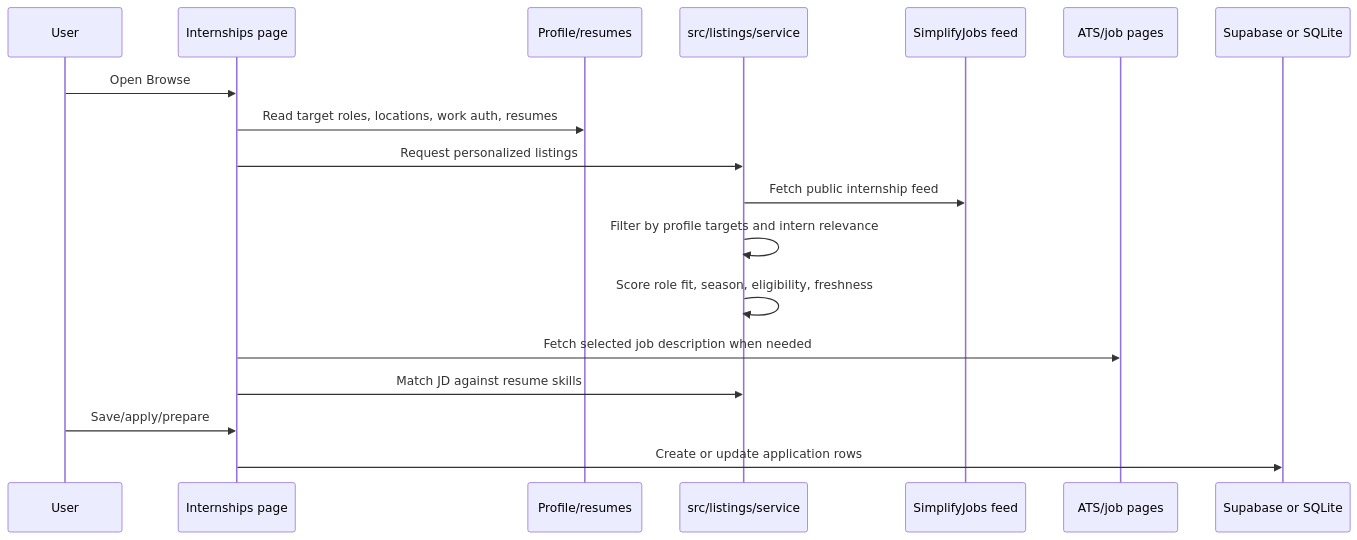
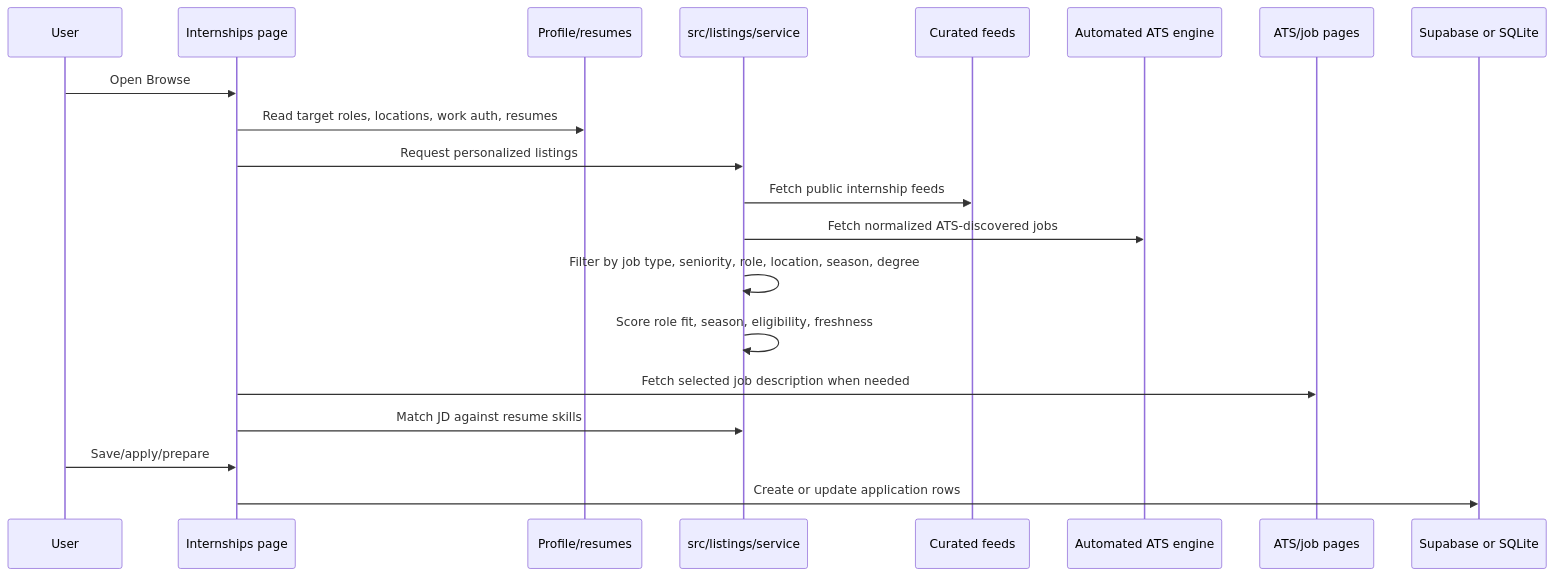
One commit to Isaac3176/InternPilot changed the fifth of 10 diagrams in docs/ARCHITECTURE.md. Above: the diagram before and after it, drawn with Mermaid. The commit also changed other lines of this file and 6 other files, not shown here.

````diff
--- a/docs/ARCHITECTURE.md
+++ b/docs/ARCHITECTURE.md
@@ -195,21 +196,23 @@
 ```mermaid
 sequenceDiagram
   participant User
   participant UI as Internships page
   participant Profile as Profile/resumes
   participant Listings as src/listings/service
-  participant Feed as SimplifyJobs feed
+  participant Feed as Curated feeds
+  participant Auto as Automated ATS engine
   participant ATS as ATS/job pages
   participant DB as Supabase or SQLite
 
   User->>UI: Open Browse
   UI->>Profile: Read target roles, locations, work auth, resumes
   UI->>Listings: Request personalized listings
-  Listings->>Feed: Fetch public internship feed
-  Listings->>Listings: Filter by profile targets and intern relevance
+  Listings->>Feed: Fetch public internship feeds
+  Listings->>Auto: Fetch normalized ATS-discovered jobs
+  Listings->>Listings: Filter by job type, seniority, role, location, season, degree
   Listings->>Listings: Score role fit, season, eligibility, freshness
   UI->>ATS: Fetch selected job description when needed
   UI->>Listings: Match JD against resume skills
   User->>UI: Save/apply/prepare
   UI->>DB: Create or update application rows
 ```
````
